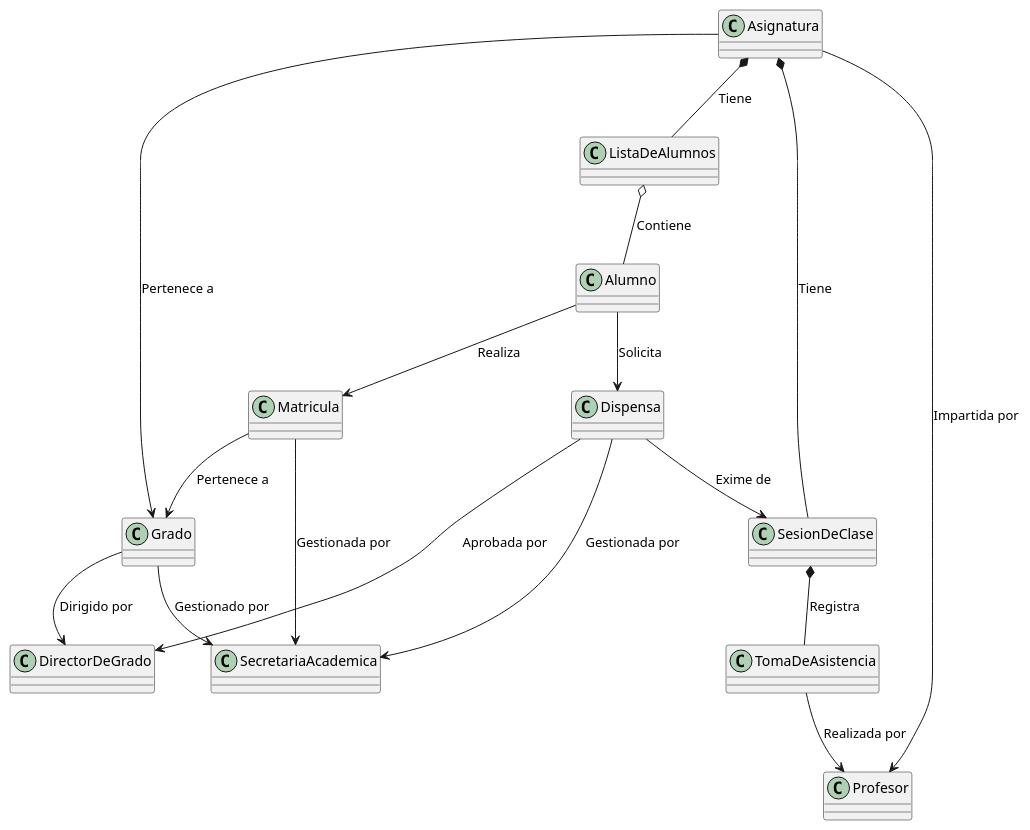
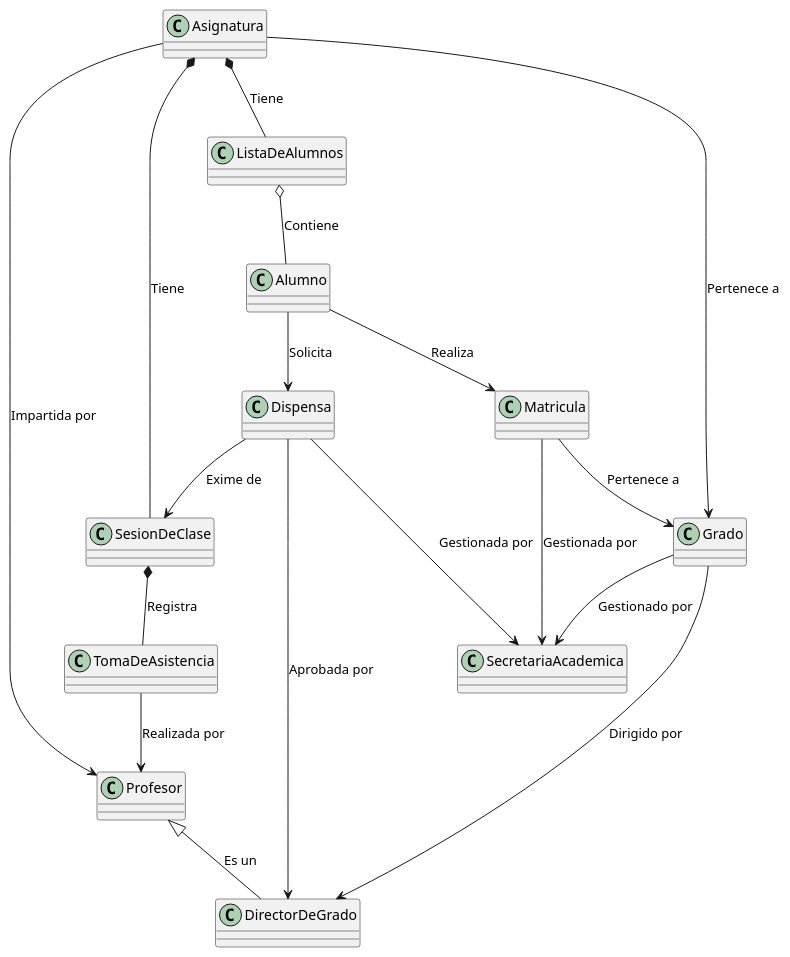
Before and after one commit to enmabry/25-26-IdSw1-SdR: the diagram in documents/ModeloDelDominio/DiagramasDeClase/saulDeCos/ModeloCompleto/ModeloCompleto.puml, drawn with PlantUML. The commit also changed 1 other file, not shown here.

Commit message:
Relacion de herencia Profesor - DirectorDeGrado añadida

```diff
--- a/documents/ModeloDelDominio/DiagramasDeClase/saulDeCos/ModeloCompleto/ModeloCompleto.puml
+++ b/documents/ModeloDelDominio/DiagramasDeClase/saulDeCos/ModeloCompleto/ModeloCompleto.puml
@@ -1,32 +1,33 @@
 @startuml
 
 class Alumno
 class Matricula
 class Asignatura
 class Dispensa
 class TomaDeAsistencia
 class ListaDeAlumnos
 class Profesor
 class Grado
 class DirectorDeGrado
 class SecretariaAcademica 
 class SesionDeClase
 
 Alumno --> Matricula : Realiza
 Alumno --> Dispensa : Solicita
 Matricula --> Grado : Pertenece a
 Matricula --> SecretariaAcademica : Gestionada por
 Asignatura --> Grado : Pertenece a
 Asignatura *-- ListaDeAlumnos : Tiene
 Asignatura *-- SesionDeClase : Tiene
 Asignatura --> Profesor : Impartida por
 ListaDeAlumnos o-- Alumno : Contiene
 SesionDeClase *-- TomaDeAsistencia : Registra
 TomaDeAsistencia --> Profesor : Realizada por
 Dispensa --> SesionDeClase : Exime de
 Dispensa --> DirectorDeGrado : Aprobada por
 Dispensa --> SecretariaAcademica : Gestionada por
 Grado --> DirectorDeGrado : Dirigido por
 Grado --> SecretariaAcademica : Gestionado por
+DirectorDeGrado -u-|> Profesor : Es un
 
 @enduml
```
